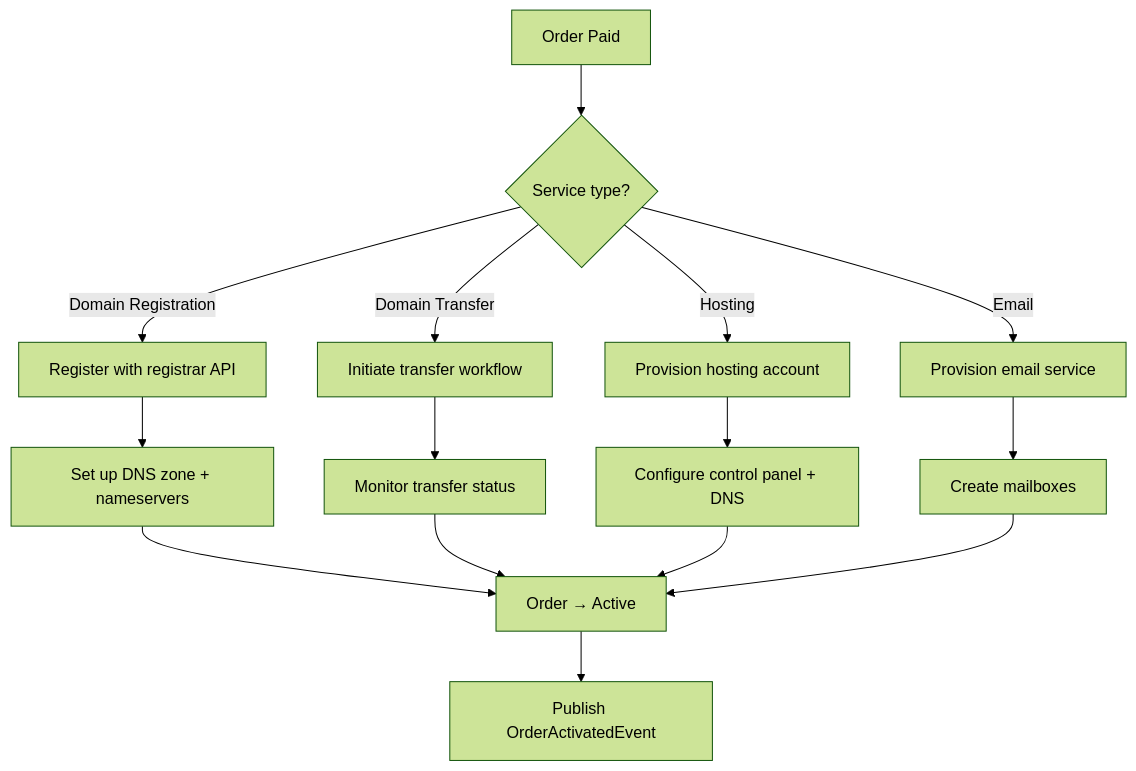
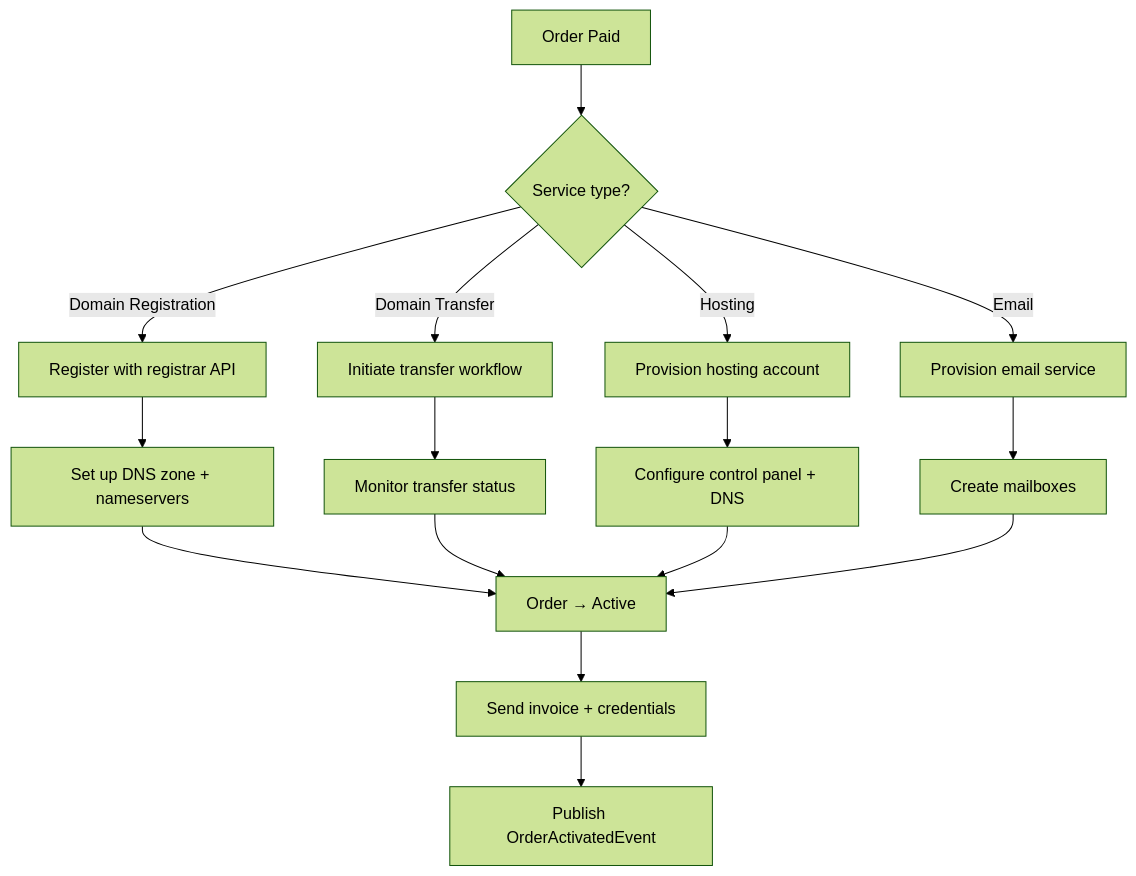
Before and after one commit to hansos/DR_Admin: the eighth of 9 diagrams in Documentation/SalesWorkflow.md, drawn with Mermaid (forest theme). The commit also changed other lines of this file and 1 other file, not shown here.

First line of the commit message:
Add detailed SalesWorkflow documentation for reseller flow

````diff
--- a/Documentation/SalesWorkflow.md
+++ b/Documentation/SalesWorkflow.md
@@ -227,17 +299,18 @@
 ```mermaid
 flowchart TD
     A["Order Paid"] --> B{"Service type?"}
     B -->|Domain Registration| C["Register with registrar API"]
     B -->|Domain Transfer| D["Initiate transfer workflow"]
     B -->|Hosting| E["Provision hosting account"]
     B -->|Email| F["Provision email service"]
     C --> G["Set up DNS zone + nameservers"]
     D --> H["Monitor transfer status"]
     E --> I["Configure control panel + DNS"]
     F --> J["Create mailboxes"]
     G --> K["Order → Active"]
     H --> K
     I --> K
     J --> K
-    K --> L["Publish OrderActivatedEvent"]
+    K --> L["Send invoice + credentials"]
+    L --> M["Publish OrderActivatedEvent"]
 ```
````
